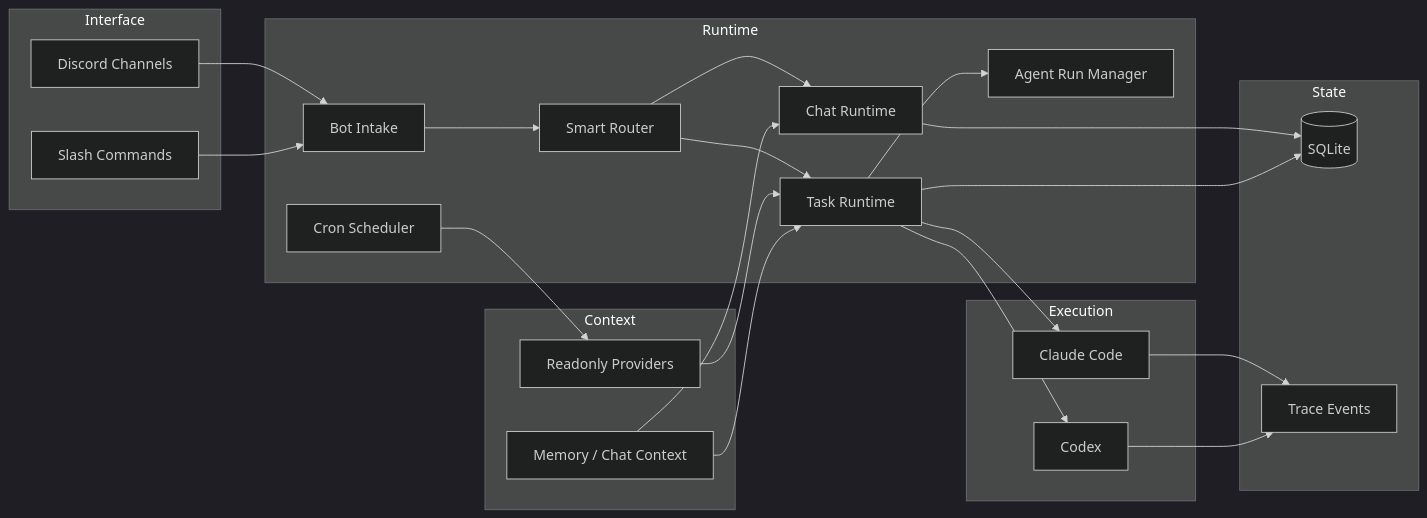
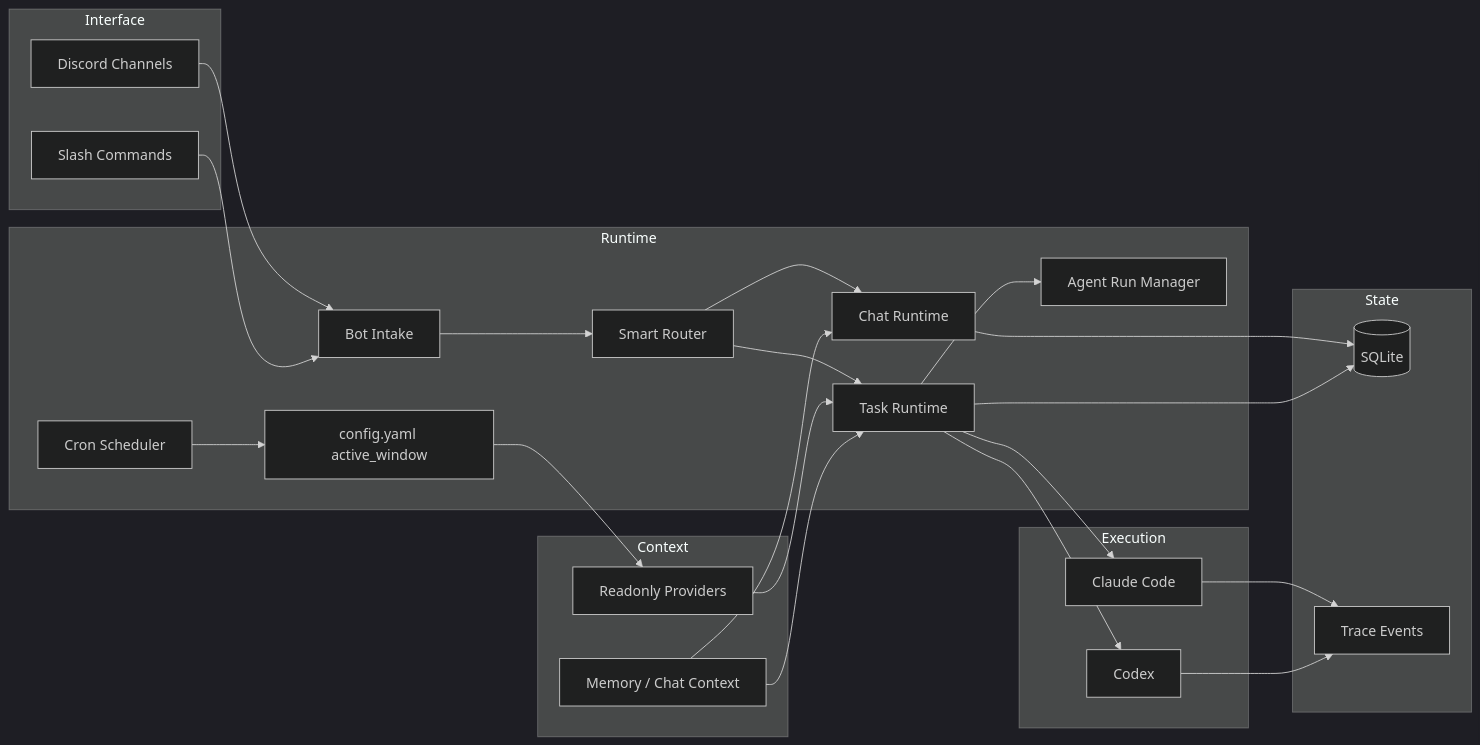
Before and after one commit to yuanyunfan/miniclaw: the first of 2 diagrams in website/en/design/architecture.md, drawn with Mermaid (dark theme). The commit also changed other lines of this file and 19 other files, not shown here.

Commit message:
feat: add cron active window guard

````diff
--- a/website/en/design/architecture.md
+++ b/website/en/design/architecture.md
@@ -16,44 +16,46 @@
 ```mermaid
 flowchart LR
   subgraph Interface
     Discord[Discord Channels]
     Slash[Slash Commands]
   end
   subgraph Runtime
     Intake[Bot Intake]
     Router[Smart Router]
     Chat[Chat Runtime]
     Task[Task Runtime]
     Manager[Agent Run Manager]
     Cron[Cron Scheduler]
+    ActiveWindow[config.yaml active_window]
   end
   subgraph Context
     Providers[Readonly Providers]
     Memory[Memory / Chat Context]
   end
   subgraph Execution
     Claude[Claude Code]
     Codex[Codex]
   end
   subgraph State
     SQLite[(SQLite)]
     Logs[Trace Events]
   end
 
   Discord --> Intake
   Slash --> Intake
   Intake --> Router
   Router --> Chat
   Router --> Task
   Task --> Manager
-  Cron --> Providers
+  Cron --> ActiveWindow
+  ActiveWindow --> Providers
   Providers --> Task
   Memory --> Chat
   Memory --> Task
   Task --> Claude
   Task --> Codex
   Chat --> SQLite
   Task --> SQLite
   Claude --> Logs
   Codex --> Logs
 ```
````
